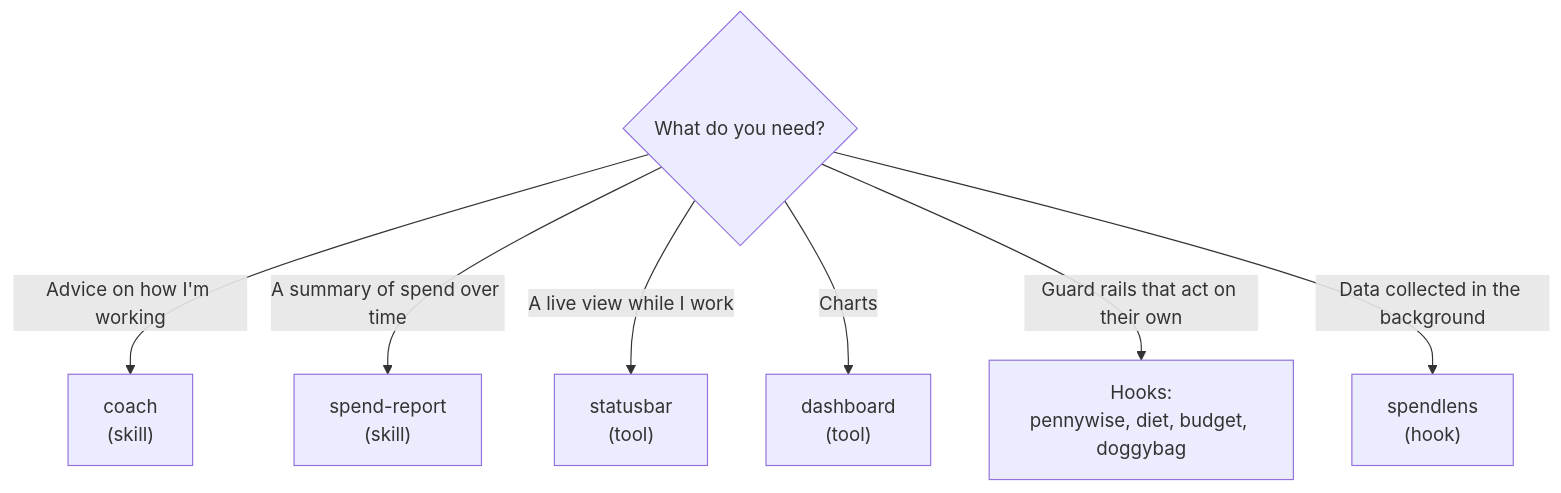
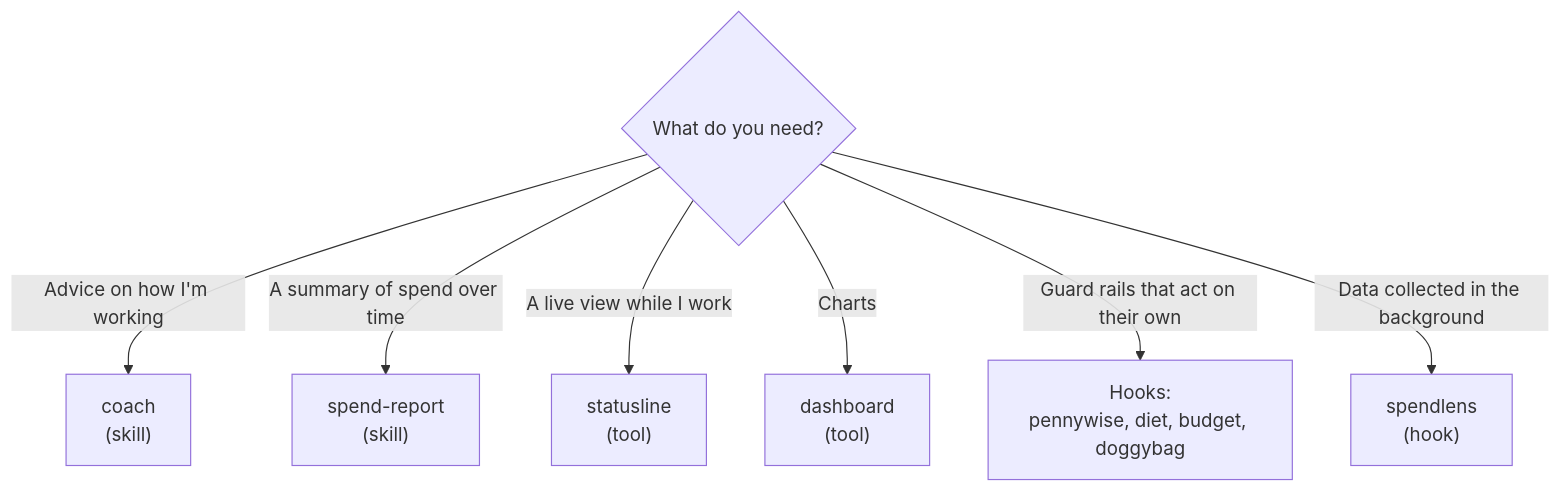
The first of 2 diagrams in docs/skills-tools-and-hooks.md (andrew44/tokenomics), drawn with Mermaid before and after one commit. The commit also changed other lines of this file and 29 other files, not shown here.

````diff
--- a/docs/skills-tools-and-hooks.md
+++ b/docs/skills-tools-and-hooks.md
@@ -35,9 +35,9 @@
 ```mermaid
 flowchart TD
     Q{"What do you need?"} -->|"Advice on how I'm working"| CF["coach<br/>(skill)"]
     Q -->|"A summary of spend over time"| SR["spend-report<br/>(skill)"]
-    Q -->|"A live view while I work"| SB["statusbar<br/>(tool)"]
+    Q -->|"A live view while I work"| SB["statusline<br/>(tool)"]
     Q -->|"Charts"| DB["dashboard<br/>(tool)"]
     Q -->|"Guard rails that act on their own"| H["Hooks:<br/>pennywise, diet, budget, doggybag"]
     Q -->|"Data collected in the background"| SL["spendlens<br/>(hook)"]
 ```
````
